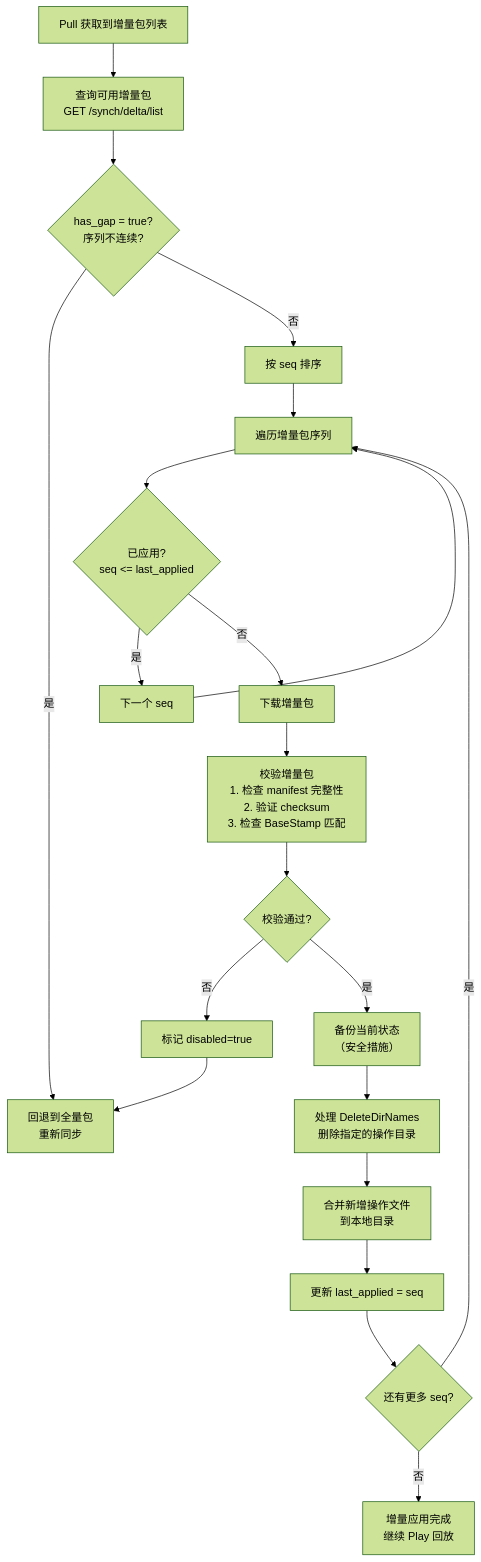
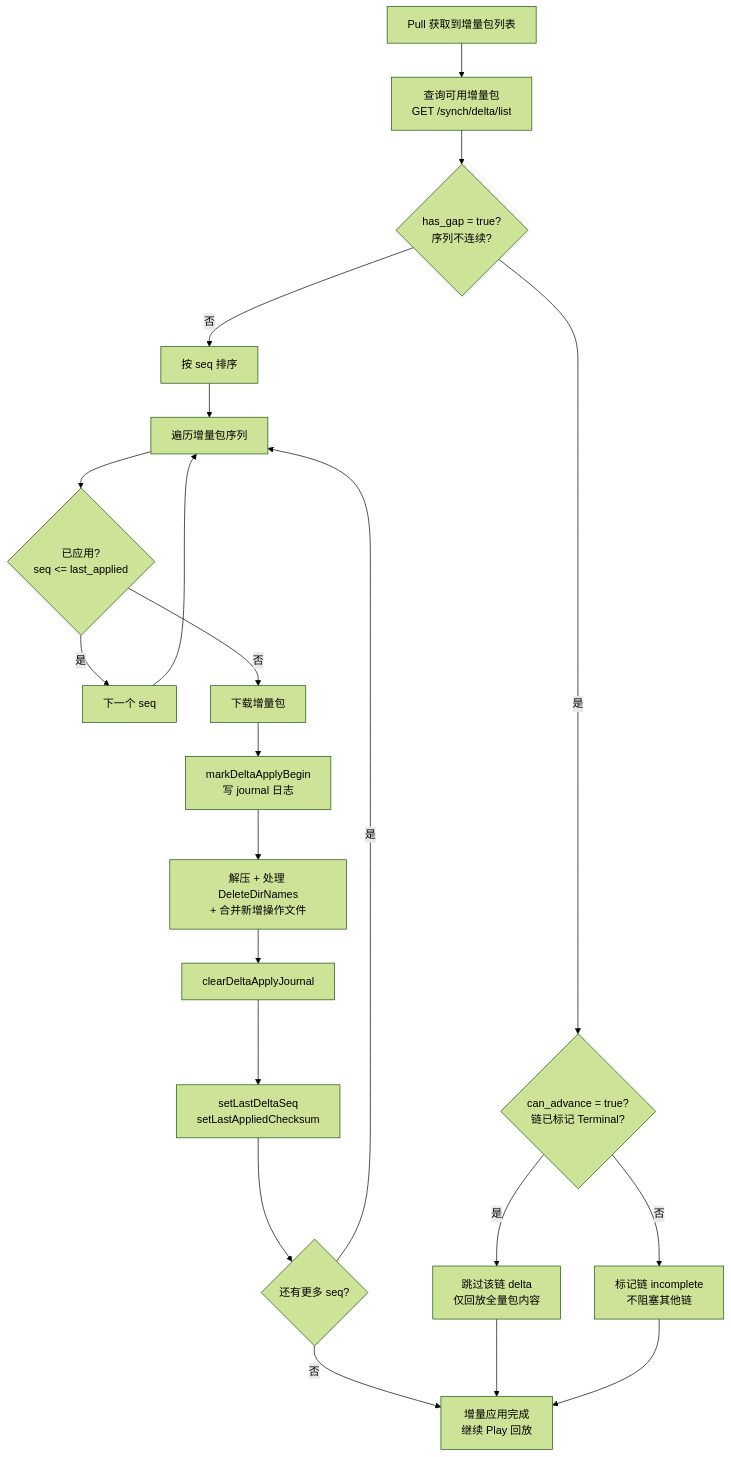
Diagram 16 of 33 in 多端同步流程图.md (LucisXu/jotmo-skills), drawn with Mermaid (forest theme) before and after one commit. The commit also changed other lines of this file, not shown here.

````diff
--- a/多端同步流程图.md
+++ b/多端同步流程图.md
@@ -439,39 +517,37 @@
 ```mermaid
 flowchart TD
     Start["Pull 获取到增量包列表"] --> FetchList["查询可用增量包<br/>GET /synch/delta/list"]
 
     FetchList --> CheckGap{"has_gap = true?<br/>序列不连续?"}
 
-    CheckGap -->|"是"| Fallback["回退到全量包<br/>重新同步"]
+    CheckGap -->|"是"| CheckAdvance{"can_advance = true?<br/>链已标记 Terminal?"}
+
+    CheckAdvance -->|"是"| SkipDelta["跳过该链 delta<br/>仅回放全量包内容"]
+    CheckAdvance -->|"否"| MarkIncomplete["标记链 incomplete<br/>不阻塞其他链"]
 
     CheckGap -->|"否"| SortSeqs["按 seq 排序"]
 
     SortSeqs --> Loop["遍历增量包序列"]
 
     Loop --> CheckApplied{"已应用?<br/>seq <= last_applied"}
 
     CheckApplied -->|"是"| NextSeq["下一个 seq"]
     NextSeq --> Loop
 
     CheckApplied -->|"否"| Download["下载增量包"]
 
-    Download --> Validate["校验增量包<br/>1. 检查 manifest 完整性<br/>2. 验证 checksum<br/>3. 检查 BaseStamp 匹配"]
+    Download --> WriteJournal["markDeltaApplyBegin<br/>写 journal 日志"]
 
-    Validate --> ValidOK{"校验通过?"}
+    WriteJournal --> Apply["解压 + 处理 DeleteDirNames<br/>+ 合并新增操作文件"]
 
-    ValidOK -->|"否"| MarkDisabled["标记 disabled=true"]
-    MarkDisabled --> Fallback
+    Apply --> ClearJournal["clearDeltaApplyJournal"]
 
-    ValidOK -->|"是"| Backup["备份当前状态<br/>（安全措施）"]
-
-    Backup --> ProcessDeletes["处理 DeleteDirNames<br/>删除指定的操作目录"]
-
-    ProcessDeletes --> MergeOps["合并新增操作文件<br/>到本地目录"]
-
-    MergeOps --> UpdateApplied["更新 last_applied = seq"]
+    ClearJournal --> UpdateApplied["setLastDeltaSeq<br/>setLastAppliedChecksum"]
 
     UpdateApplied --> MoreSeqs{"还有更多 seq?"}
 
     MoreSeqs -->|"是"| Loop
     MoreSeqs -->|"否"| Done["增量应用完成<br/>继续 Play 回放"]
+    SkipDelta --> Done
+    MarkIncomplete --> Done
 ```
````
